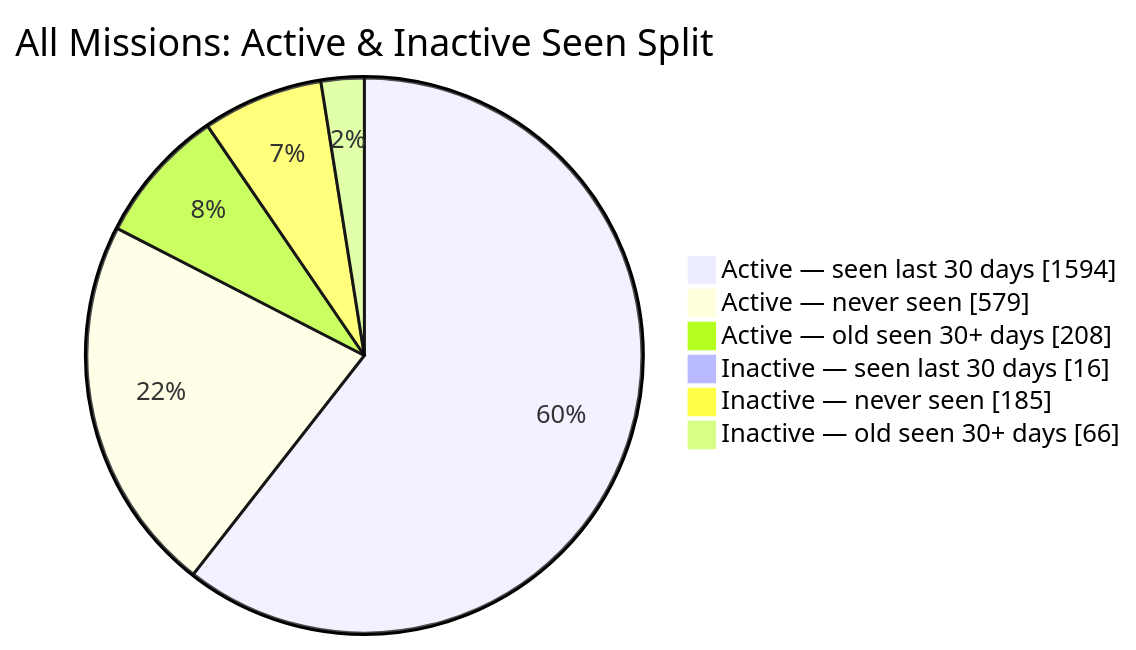
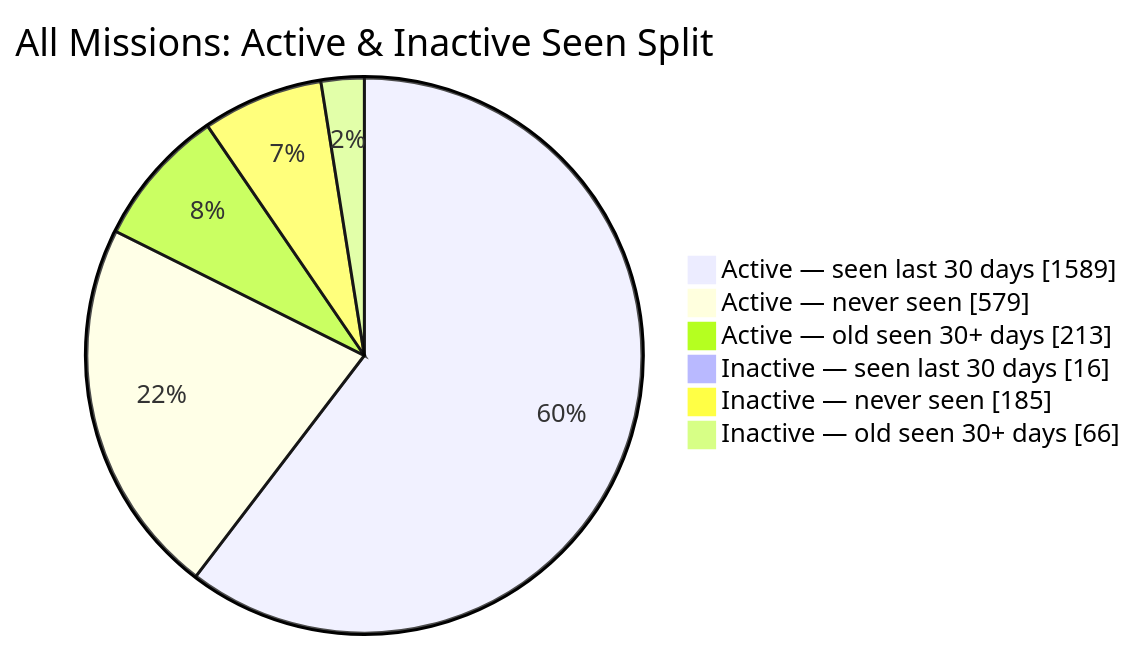
One commit to MeldkamerspelGameTeam/active-missions changed the second of 2 diagrams in README.md. Above: the diagram before and after it, drawn with Mermaid. The commit also changed other lines of this file and 2 other files, not shown here.

````diff
--- a/README.md
+++ b/README.md
@@ -44,10 +44,10 @@
 ```mermaid
 pie showData
     title All Missions: Active & Inactive Seen Split
-    "Active — seen last 30 days" : 1594
+    "Active — seen last 30 days" : 1589
     "Active — never seen" : 579
-    "Active — old seen 30+ days" : 208
+    "Active — old seen 30+ days" : 213
     "Inactive — seen last 30 days" : 16
     "Inactive — never seen" : 185
     "Inactive — old seen 30+ days" : 66
 ```
````
